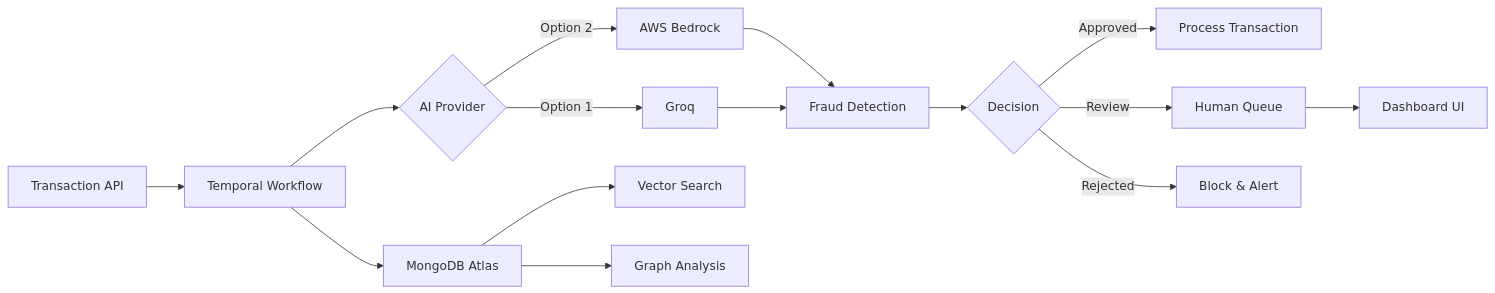
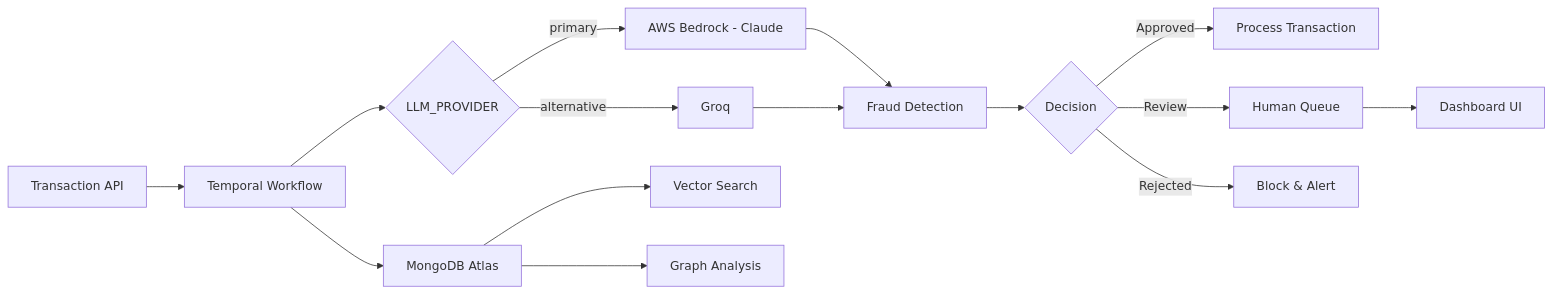
The diagram in README.md (mongodb-partners/mongodb-temporal-ai-agent-qs), drawn with Mermaid before and after one commit. The commit also changed other lines of this file and 41 other files, not shown here.

````diff
--- a/README.md
+++ b/README.md
@@ -86,17 +86,17 @@
 ```mermaid
 graph LR
     A[Transaction API] --> B[Temporal Workflow]
     B --> C[MongoDB Atlas]
-    B --> D{AI Provider}
-    D -->|Option 2| D1[AWS Bedrock]
-    D -->|Option 1| D2[Groq]
+    B --> D{LLM_PROVIDER}
+    D -->|primary| D1[AWS Bedrock - Claude]
+    D -->|alternative| D2[Groq]
     C --> E[Vector Search]
     C --> F[Graph Analysis]
     D1 --> G[Fraud Detection]
     D2 --> G[Fraud Detection]
     G --> H{Decision}
     H -->|Approved| I[Process Transaction]
     H -->|Review| J[Human Queue]
     H -->|Rejected| K[Block & Alert]
     J --> L[Dashboard UI]
 ```
````
